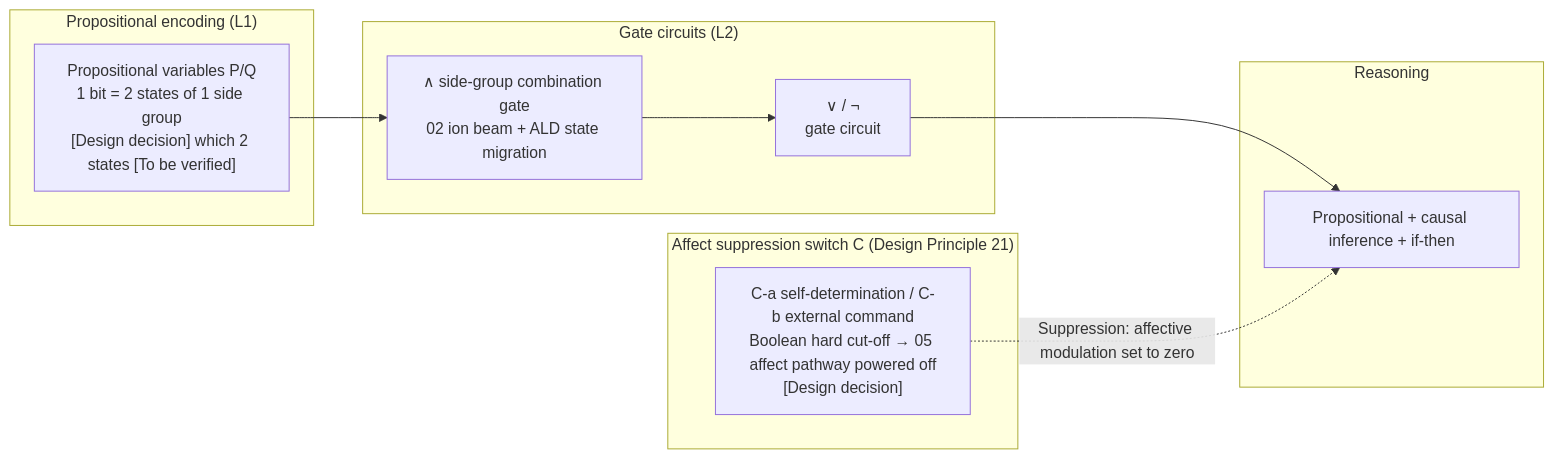
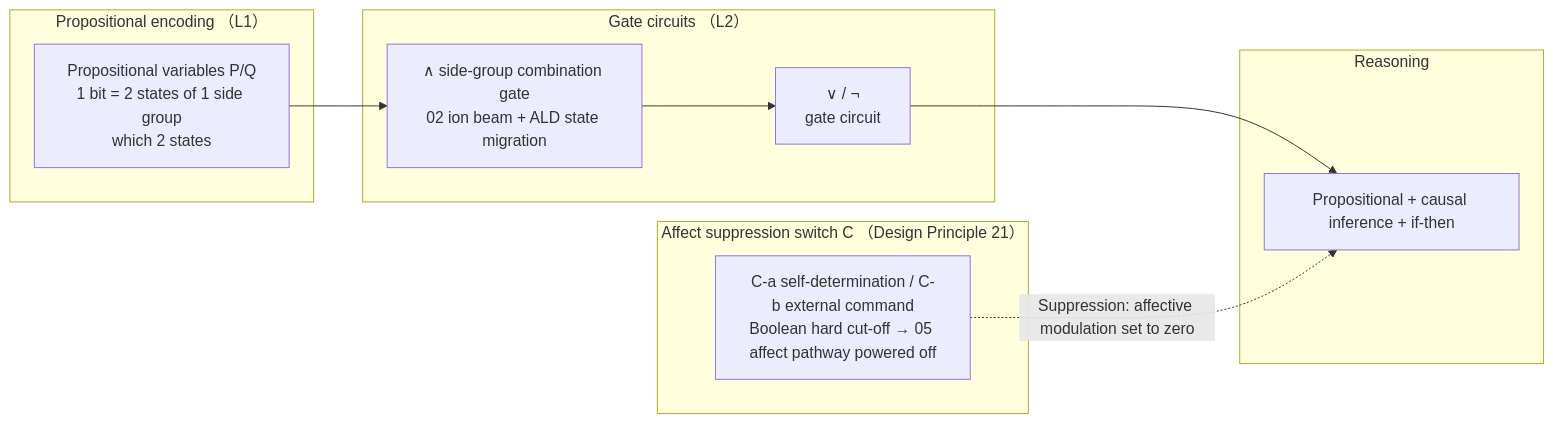
One commit to RichardASimon/Silicon-Biological-Blueprint changed the first of 2 diagrams in en-US/08-Logical-Reasoning.md. Above: the diagram before and after it, drawn with Mermaid. The commit also changed other lines of this file and 23 other files, not shown here.

First line of the commit message:
docs: repair all mermaid diagrams and add emergence mechanisms with literature

````diff
--- a/en-US/08-Logical-Reasoning.md
+++ b/en-US/08-Logical-Reasoning.md
@@ -164,24 +164,20 @@
 ```mermaid
 flowchart LR
-    subgraph ENC["Propositional encoding (L1)"]
-        P["Propositional variables P/Q<br/>1 bit = 2 states of 1 side group<br/>[Design decision] which 2 states [To be verified]"]
+    subgraph ENC["Propositional encoding （L1）"]
+        P["Propositional variables P/Q<br/>1 bit = 2 states of 1 side group<br/>which 2 states"]
     end
-
-    subgraph GATE["Gate circuits (L2)"]
+    subgraph GATE["Gate circuits （L2）"]
         AND["∧ side-group combination gate<br/>02 ion beam + ALD state migration<br/>"]
         ORV["∨ / ¬<br/>gate circuit"]
         AND --> ORV
     end
-
     subgraph REAS["Reasoning"]
         R["Propositional + causal inference + if-then<br/>"]
     end
-
-    subgraph SUPP["Affect suppression switch C (Design Principle 21)"]
-        C["C-a self-determination / C-b external command<br/>Boolean hard cut-off → 05 affect pathway powered off<br/>[Design decision]"]
+    subgraph SUPP["Affect suppression switch C （Design Principle 21）"]
+        C["C-a self-determination / C-b external command<br/>Boolean hard cut-off → 05 affect pathway powered off<br/>"]
     end
-
     P --> AND
     ORV --> R
     C -.->|Suppression: affective modulation set to zero| R
 ```
````
